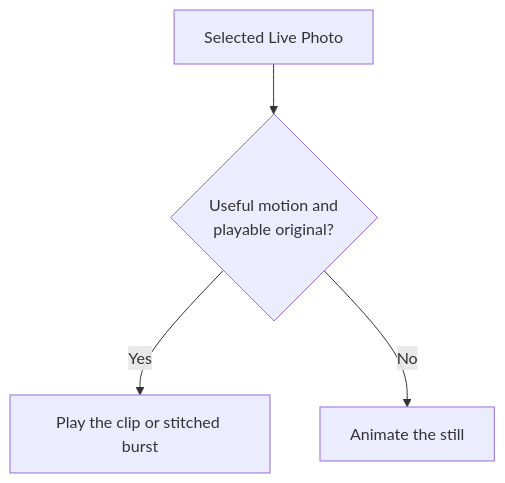
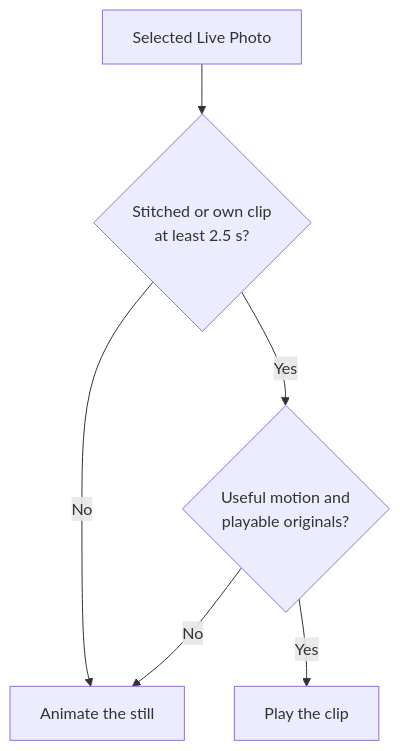
One commit to sam-dumont/immich-memories changed the diagram in docs-site/docs/make/photos-and-live-photos.md. Above: the diagram before and after it, drawn with Mermaid. The commit also changed other lines of this file and 30 other files, not shown here.

First line of the commit message:
fix(live): a Live Photo plays as motion only when its clip lasts 2.5 s and moves (#2459)

````diff
--- a/docs-site/docs/make/photos-and-live-photos.md
+++ b/docs-site/docs/make/photos-and-live-photos.md
@@ -47,6 +49,8 @@
 ```mermaid
 flowchart TD
-  A[Selected Live Photo] --> B{Useful motion and<br/>playable original?}
-  B -- Yes --> C[Play the clip or stitched burst]
-  B -- No --> D[Animate the still]
+  A[Selected Live Photo] --> N{Stitched or own clip<br/>at least 2.5 s?}
+  N -- No --> D[Animate the still]
+  N -- Yes --> B{Useful motion and<br/>playable originals?}
+  B -- Yes --> C[Play the clip]
+  B -- No --> D
 ```
````
